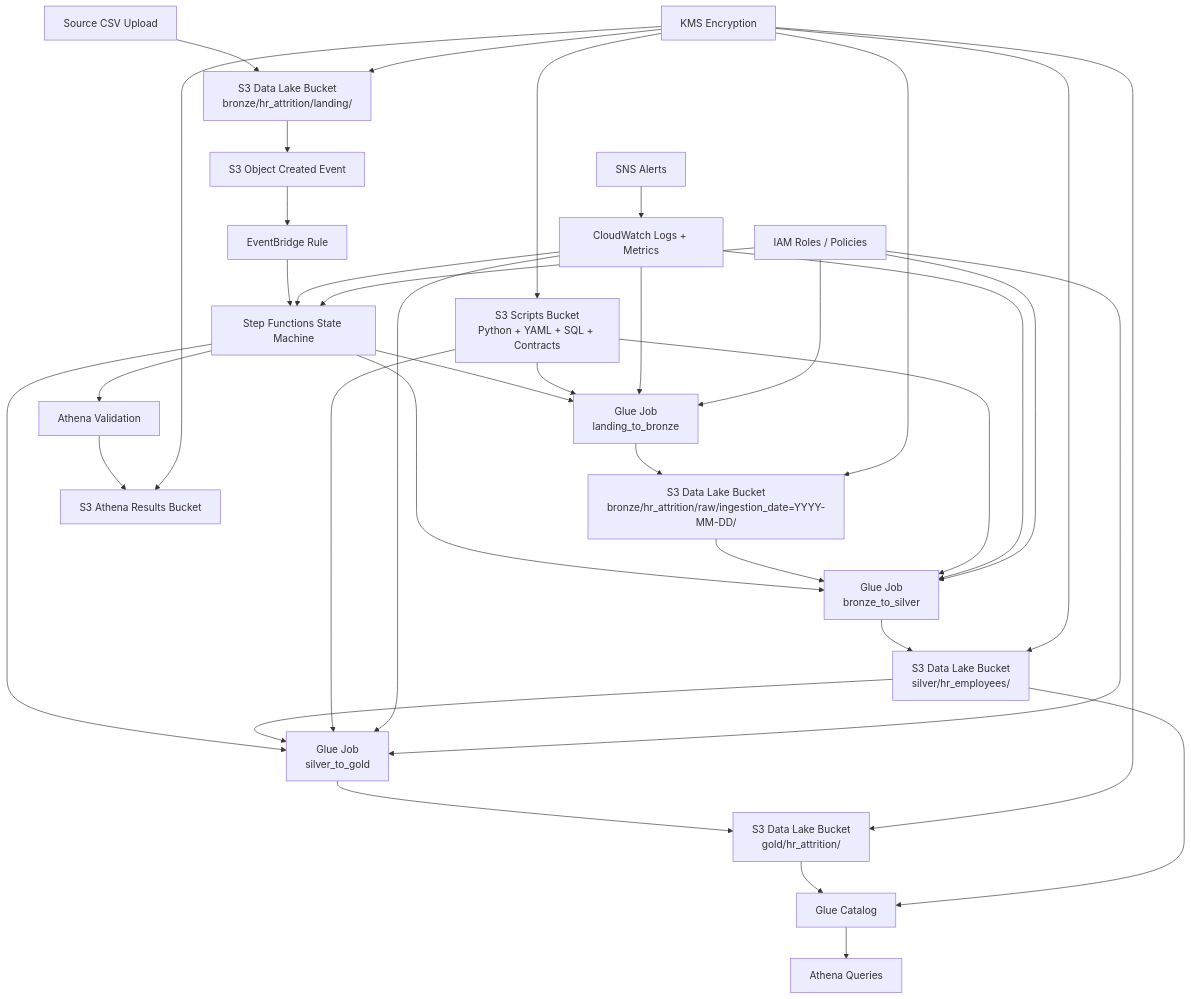
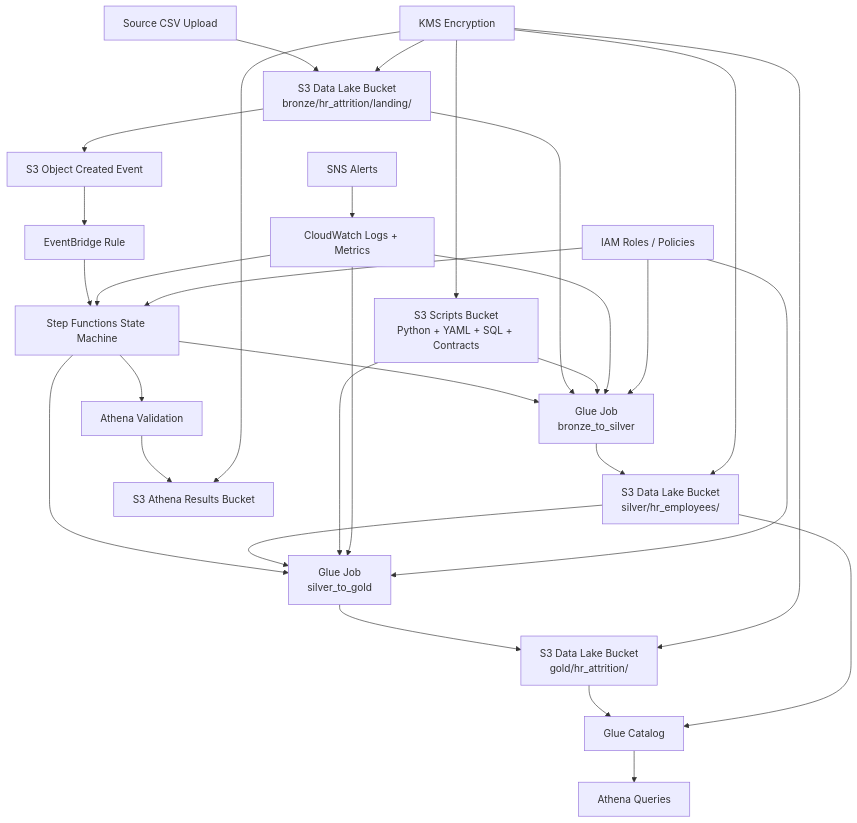
One commit to Merlin2098/HR-Data-Lakehouse changed the second of 5 diagrams in docs/etl_architecture_diagram.md. Above: the diagram before and after it, drawn with Mermaid. The commit also changed other lines of this file and 18 other files, not shown here.

Commit message:
Simplify landing flow to trigger-only bronze

````diff
--- a/docs/etl_architecture_diagram.md
+++ b/docs/etl_architecture_diagram.md
@@ -22,45 +20,38 @@
 ```mermaid
 flowchart TB
     U["Source CSV Upload"] --> S3L["S3 Data Lake Bucket<br/>bronze/hr_attrition/landing/"]
     S3L --> EV["S3 Object Created Event"]
     EV --> EB["EventBridge Rule"]
     EB --> SF["Step Functions State Machine"]
 
-    SF --> J1["Glue Job<br/>landing_to_bronze"]
-    J1 --> S3B["S3 Data Lake Bucket<br/>bronze/hr_attrition/raw/ingestion_date=YYYY-MM-DD/"]
+    SF --> J1["Glue Job<br/>bronze_to_silver"]
+    S3L --> J1
+    J1 --> S3S["S3 Data Lake Bucket<br/>silver/hr_employees/"]
 
-    SF --> J2["Glue Job<br/>bronze_to_silver"]
-    S3B --> J2
-    J2 --> S3S["S3 Data Lake Bucket<br/>silver/hr_employees/"]
-
-    SF --> J3["Glue Job<br/>silver_to_gold"]
-    S3S --> J3
-    J3 --> S3G["S3 Data Lake Bucket<br/>gold/hr_attrition/"]
+    SF --> J2["Glue Job<br/>silver_to_gold"]
+    S3S --> J2
+    J2 --> S3G["S3 Data Lake Bucket<br/>gold/hr_attrition/"]
 
     SF --> ATHV["Athena Validation"]
     S3G --> GC["Glue Catalog"]
     S3S --> GC
     GC --> ATH["Athena Queries"]
     ATHV --> ATHR["S3 Athena Results Bucket"]
 
     SCR["S3 Scripts Bucket<br/>Python + YAML + SQL + Contracts"] --> J1
     SCR --> J2
-    SCR --> J3
 
     CW["CloudWatch Logs + Metrics"] --> SF
     CW --> J1
     CW --> J2
-    CW --> J3
 
     SNS["SNS Alerts"] --> CW
     KMS["KMS Encryption"] --> S3L
-    KMS --> S3B
     KMS --> S3S
     KMS --> S3G
     KMS --> SCR
     KMS --> ATHR
     IAM["IAM Roles / Policies"] --> SF
     IAM --> J1
     IAM --> J2
-    IAM --> J3
 ```
````
